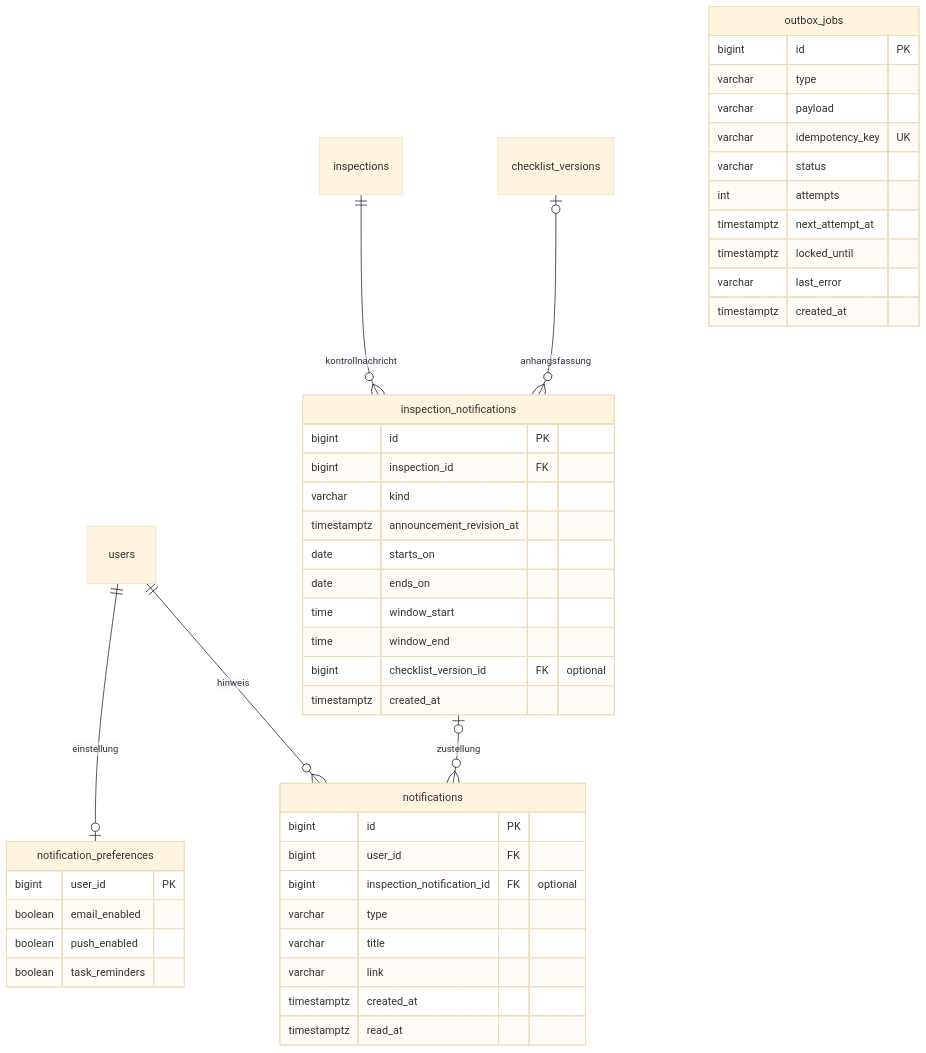
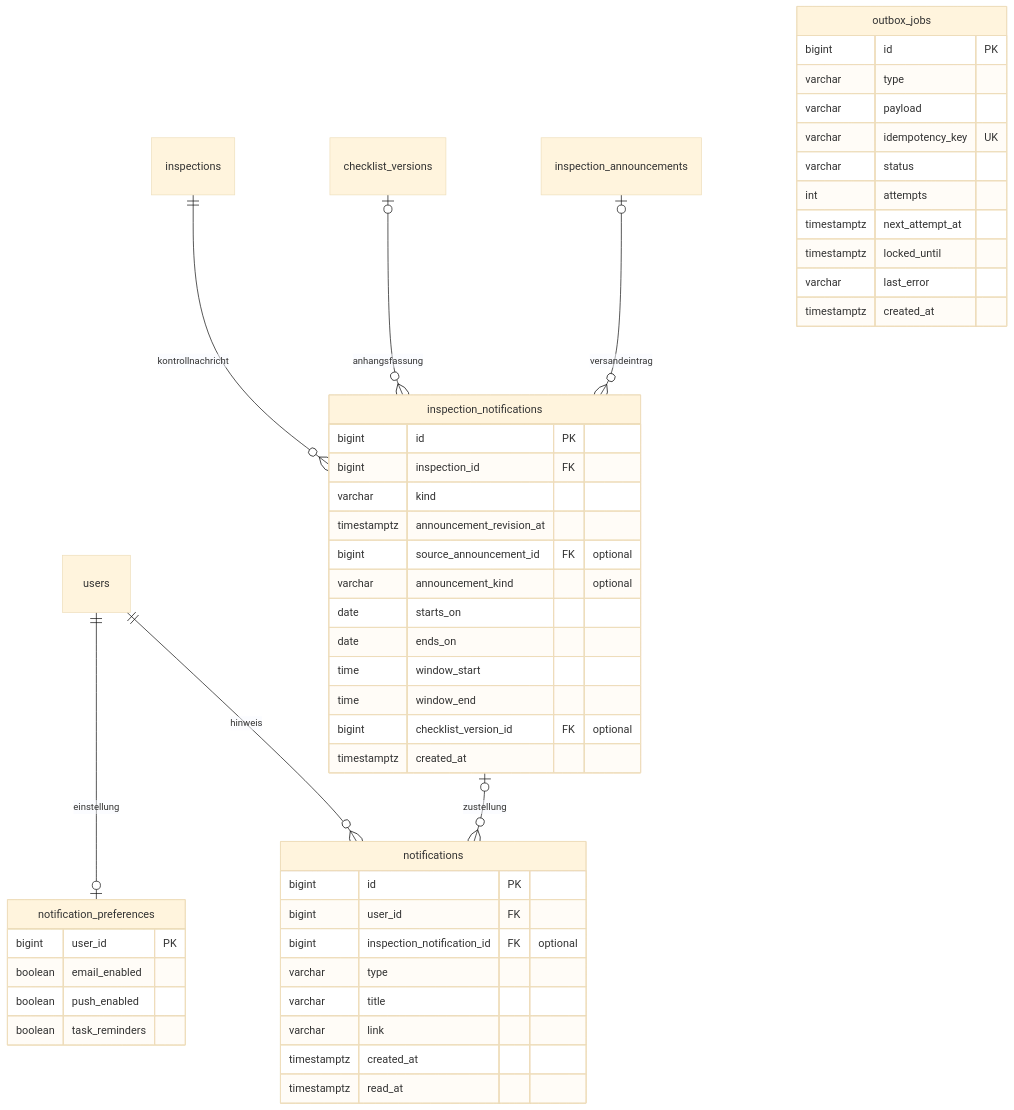
One commit to Sybit-Education/AUME2026 changed the tenth of 11 diagrams in docs/architektur/datenmodell.md. Above: the diagram before and after it, drawn with Mermaid (base theme). The commit also changed other lines of this file and 10 other files, not shown here.

````diff
--- a/docs/architektur/datenmodell.md
+++ b/docs/architektur/datenmodell.md
@@ -410,49 +410,52 @@
 ```mermaid
 erDiagram
     users ||--o| notification_preferences : einstellung
     users ||--o{ notifications : hinweis
     inspections ||--o{ inspection_notifications : kontrollnachricht
     checklist_versions o|--o{ inspection_notifications : anhangsfassung
+    inspection_announcements o|--o{ inspection_notifications : versandeintrag
     inspection_notifications o|--o{ notifications : zustellung
 
     notification_preferences {
         bigint user_id PK
         boolean email_enabled
         boolean push_enabled
         boolean task_reminders
     }
     notifications {
         bigint id PK
         bigint user_id FK
         bigint inspection_notification_id FK "optional"
         varchar type
         varchar title
         varchar link
         timestamptz created_at
         timestamptz read_at
     }
     inspection_notifications {
         bigint id PK
         bigint inspection_id FK
         varchar kind
         timestamptz announcement_revision_at
+        bigint source_announcement_id FK "optional"
+        varchar announcement_kind "optional"
         date starts_on
         date ends_on
         time window_start
         time window_end
         bigint checklist_version_id FK "optional"
         timestamptz created_at
     }
     outbox_jobs {
         bigint id PK
         varchar type
         varchar payload
         varchar idempotency_key UK
         varchar status
         int attempts
         timestamptz next_attempt_at
         timestamptz locked_until
         varchar last_error
         timestamptz created_at
     }
 ```
````
